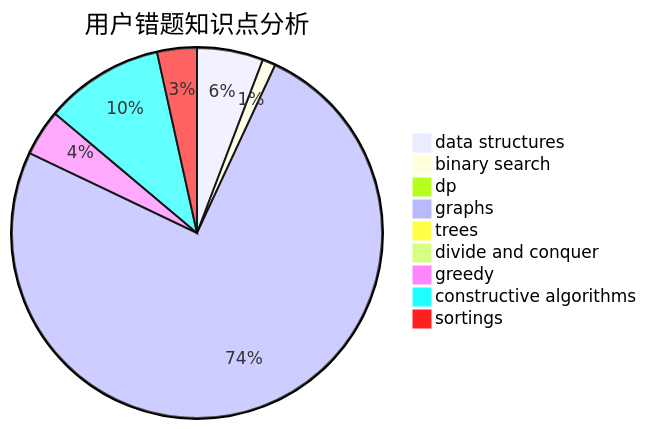
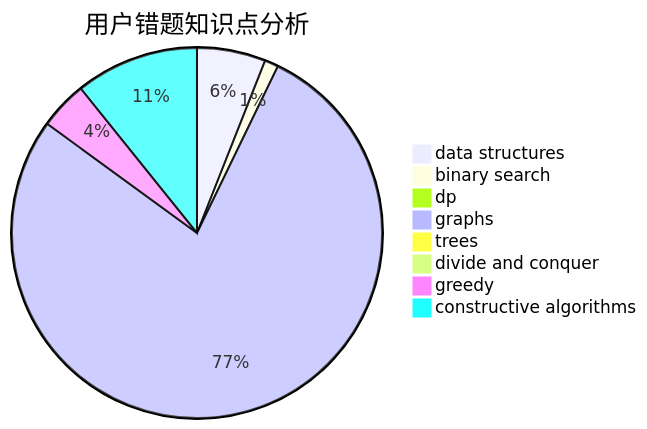
Before and after one commit to sherpahu/cfrs.github.io: the third of 3 diagrams in docs/user/u2090.md, drawn with Mermaid. The commit also changed other lines of this file and 2769 other files, not shown here.

````diff
--- a/docs/user/u2090.md
+++ b/docs/user/u2090.md
@@ -32,12 +31,11 @@
 ```mermaid
 pie title 用户错题知识点分析
     "data structures" :  10
     "binary search" :  2
     "dp" :  0
     "graphs" :  130
     "trees" :  1
     "divide and conquer" :  1
     "greedy" :  7
     "constructive algorithms" :  18
-    "sortings" :  6
 ```
````
